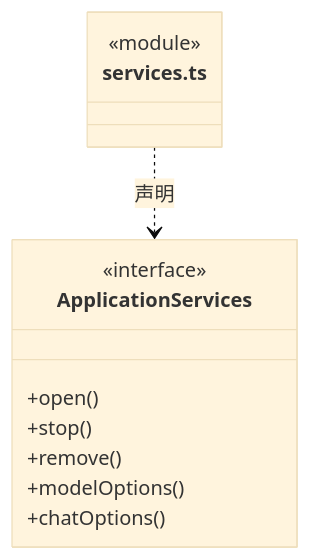
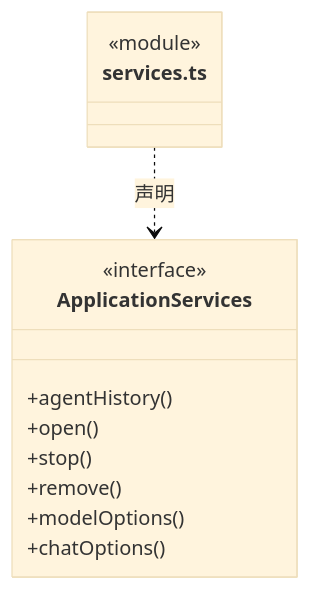
One commit to nan023062/cbim changed the third of 4 diagrams in src/backend/main/ipc/ARCHITECTURE.md. Above: the diagram before and after it, drawn with Mermaid (base theme). The commit also changed other lines of this file and 49 other files, not shown here.

````diff
--- a/src/backend/main/ipc/ARCHITECTURE.md
+++ b/src/backend/main/ipc/ARCHITECTURE.md
@@ -63,15 +63,16 @@
 ```mermaid
 classDiagram
 class N_src_backend_main_ipc_services_ts["services.ts"] {
   <<module>>
 }
 class N_src_backend_main_ipc_services_ts_ApplicationServices["ApplicationServices"] {
   <<interface>>
+  +agentHistory()
   +open()
   +stop()
   +remove()
   +modelOptions()
   +chatOptions()
 }
 N_src_backend_main_ipc_services_ts ..> N_src_backend_main_ipc_services_ts_ApplicationServices : 声明
 ```
````
